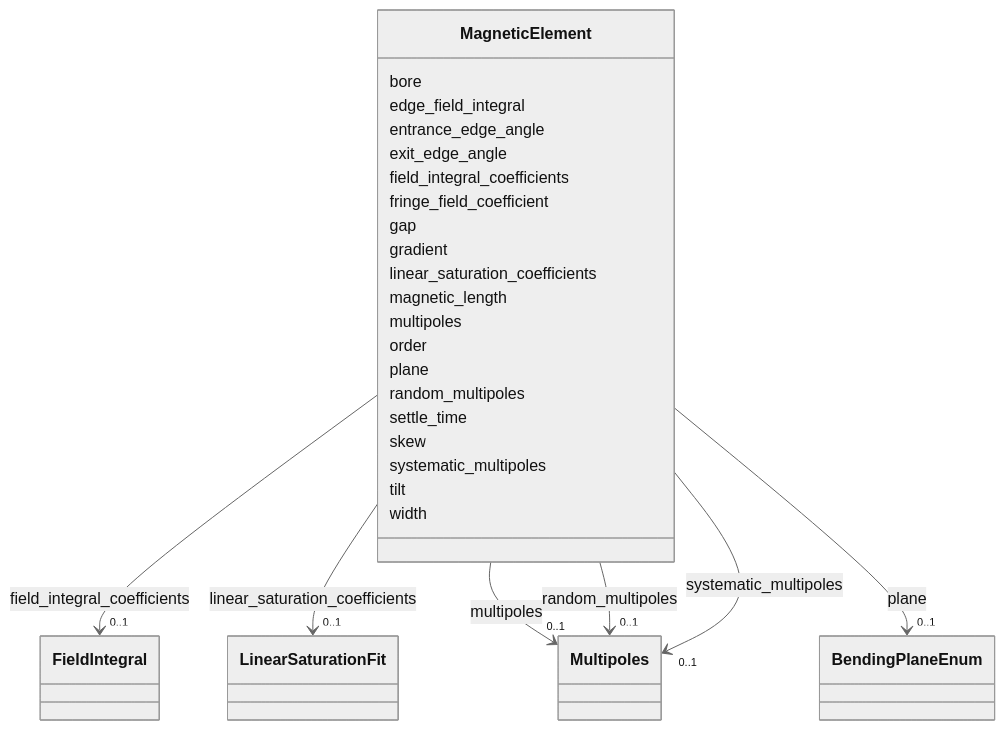
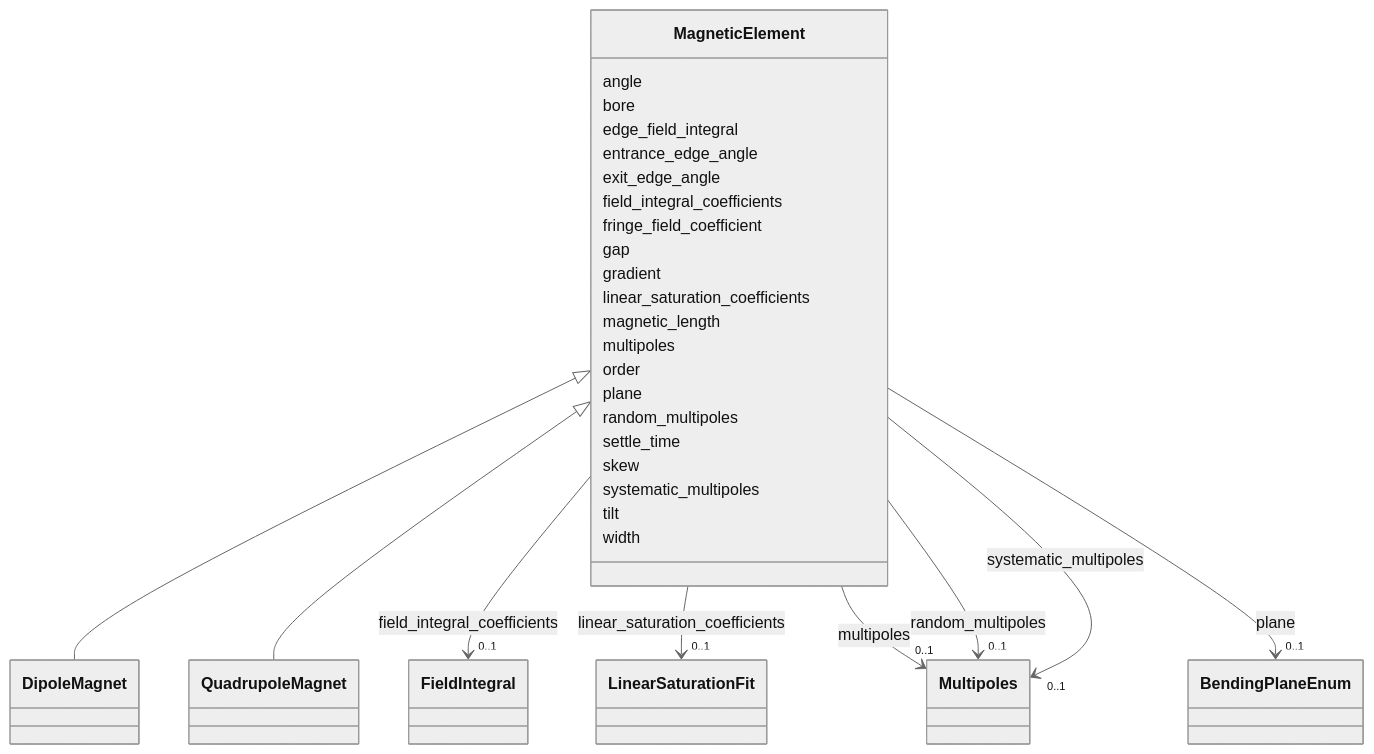
The diagram in docs/source/schema/MagneticElement.md (astec-stfc/laura), drawn with Mermaid (neutral theme) before and after one commit. The commit also changed other lines of this file and 83 other files, not shown here.

```diff
--- a/docs/source/schema/MagneticElement.md
+++ b/docs/source/schema/MagneticElement.md
@@ -24,6 +24,13 @@
  classDiagram
     class MagneticElement
     click MagneticElement href "../MagneticElement/"
+      MagneticElement <|-- DipoleMagnet
+        click DipoleMagnet href "../DipoleMagnet/"
+      MagneticElement <|-- QuadrupoleMagnet
+        click QuadrupoleMagnet href "../QuadrupoleMagnet/"
+      
+      MagneticElement : angle
+        
       MagneticElement : bore
         
       MagneticElement : edge_field_integral
```
